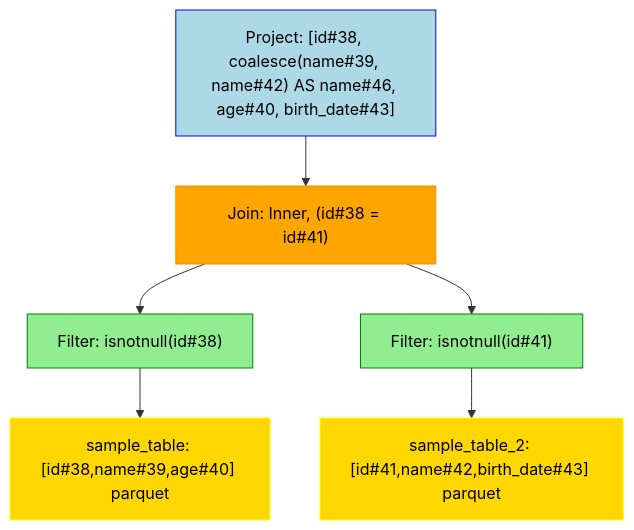
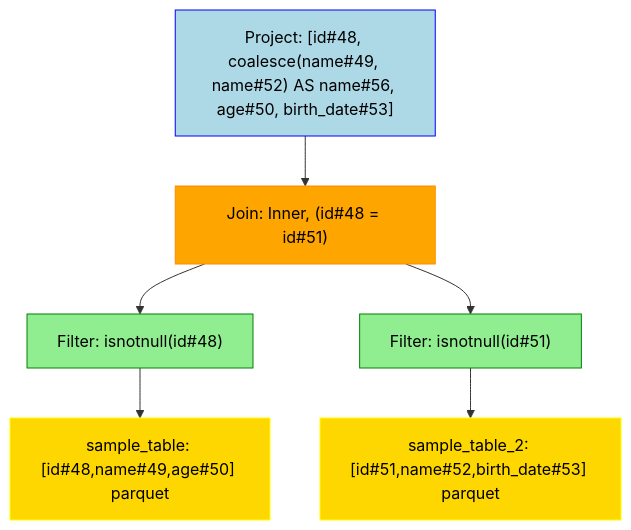
Before and after one commit to NielkNetraam/explainalyzed: the diagram in data/visualization/join_inner.mmd, drawn with Mermaid. The commit also changed 48 other files, not shown here.

```diff
--- a/data/visualization/join_inner.mmd
+++ b/data/visualization/join_inner.mmd
@@ -1,31 +1,20 @@
----
-config:
-theme: 'base'
-themeVariables:
-    primaryColor: '#BB2528'
-    primaryTextColor: '#fff'
-    primaryBorderColor: '#7C0000'
-    lineColor: '#F8B229'
-    secondaryColor: '#267826'
-    tertiaryColor: '#fff'
----
 flowchart TD
     classDef PROJECT stroke:Blue,fill:LightBlue,color:black
     classDef FILTER stroke:Green,fill:LightGreen,color:black
     classDef UNION stroke:Purple,fill:Violet,color:black
     classDef JOIN stroke:DarkOrange,fill:Orange,color:black
     classDef RELATION stroke:Yellow,fill:Gold,color:black
     classDef AGGREGATE stroke:Brown,fill:Chocolate,color:black
 
-    Project#1["Project: [id#38, coalesce(name#39, name#42) AS name#46, age#40, birth_date#43]"]:::PROJECT
-    Join#11["Join: Inner, (id#38 = id#41)"]:::JOIN
-    Filter#111["Filter: isnotnull(id#38)"]:::FILTER
-    Relation#1111["sample_table: [id#38,name#39,age#40] parquet"]:::RELATION
-    Filter#112["Filter: isnotnull(id#41)"]:::FILTER
-    Relation#1121["sample_table_2: [id#41,name#42,birth_date#43] parquet"]:::RELATION
+    Project#1["Project: [id#48, coalesce(name#49, name#52) AS name#56, age#50, birth_date#53]"]:::PROJECT
+    Join#11["Join: Inner, (id#48 = id#51)"]:::JOIN
+    Filter#111["Filter: isnotnull(id#48)"]:::FILTER
+    Relation#1111["sample_table: [id#48,name#49,age#50] parquet"]:::RELATION
+    Filter#112["Filter: isnotnull(id#51)"]:::FILTER
+    Relation#1121["sample_table_2: [id#51,name#52,birth_date#53] parquet"]:::RELATION
 
     Project#1 --> Join#11
         Join#11 --> Filter#111
             Filter#111 --> Relation#1111
         Join#11 --> Filter#112
             Filter#112 --> Relation#1121
```
